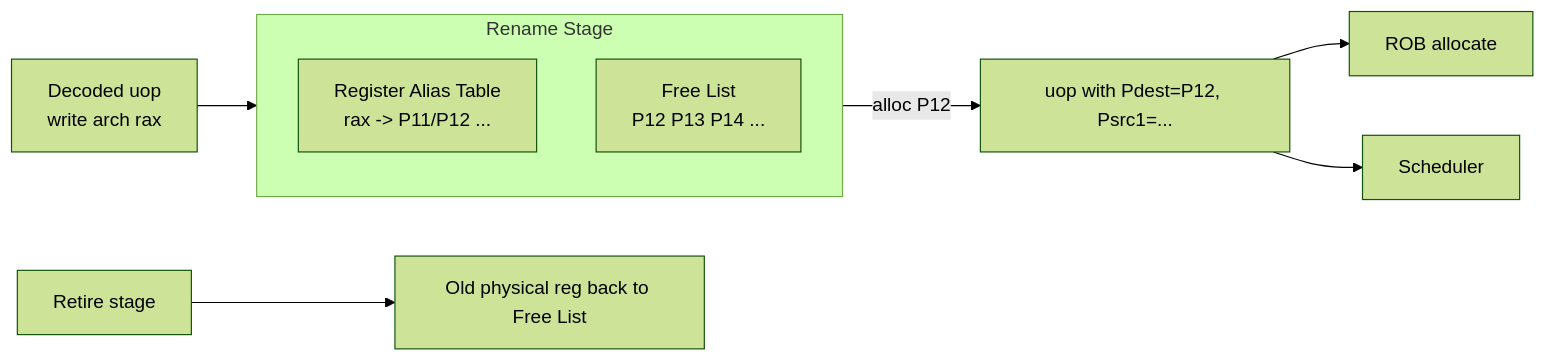
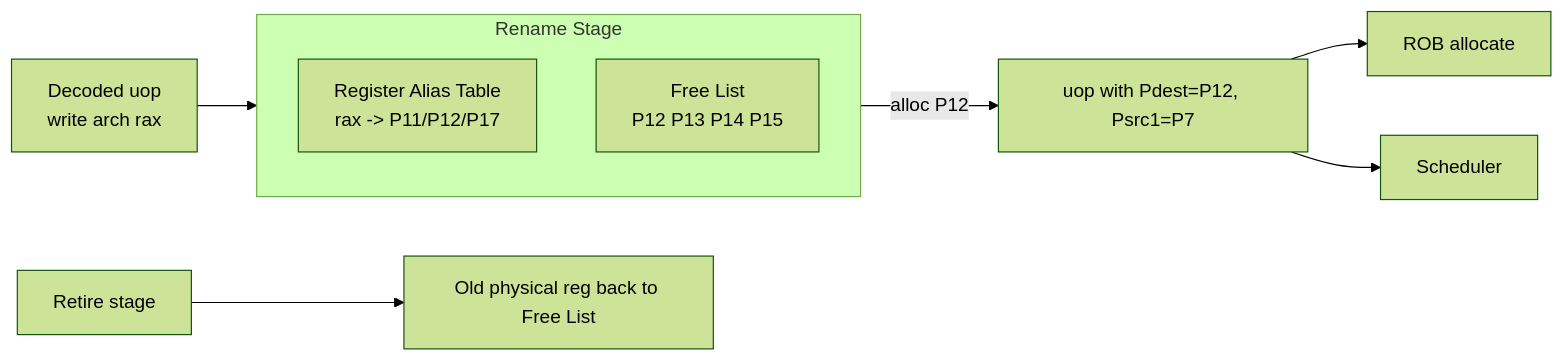
One commit to qxhy123/learn changed the third of 6 diagrams in ai-infra-tutorial/part0-foundations-of-systems/0a2-out-of-order-execution.md. Above: the diagram before and after it, drawn with Mermaid (forest theme). The commit also changed other lines of this file and 15 other files, not shown here.

````diff
--- a/ai-infra-tutorial/part0-foundations-of-systems/0a2-out-of-order-execution.md
+++ b/ai-infra-tutorial/part0-foundations-of-systems/0a2-out-of-order-execution.md
@@ -208,12 +208,12 @@
 ```mermaid
 flowchart LR
   subgraph RENAME[Rename Stage]
-    RAT[Register Alias Table\nrax -> P11/P12 ...]
-    FREE[Free List\nP12 P13 P14 ...]
+    RAT[Register Alias Table\nrax -> P11/P12/P17]
+    FREE[Free List\nP12 P13 P14 P15]
   end
   Decoded[Decoded uop\nwrite arch rax] --> RENAME
-  RENAME -->|alloc P12| Tagged[uop with Pdest=P12, Psrc1=...]
+  RENAME -->|alloc P12| Tagged[uop with Pdest=P12, Psrc1=P7]
   Tagged --> ROBIN[ROB allocate]
   Tagged --> SCHED[Scheduler]
   COMMIT[Retire stage] --> RECYCLE[Old physical reg back to Free List]
 ```
````
